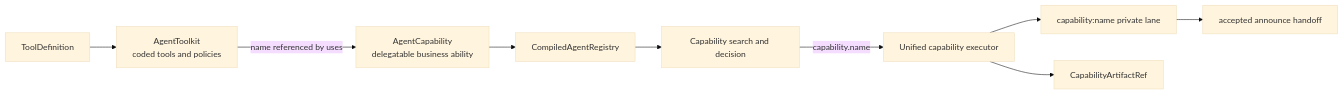
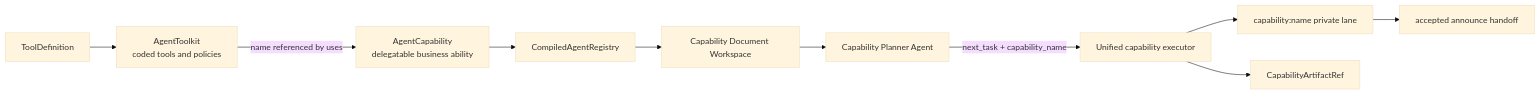
One commit to pinpawo/pinpawo-agent changed the diagram in docs/wiki/capability-toolkit-architecture.md. Above: the diagram before and after it, drawn with Mermaid (base theme). The commit also changed other lines of this file and 15 other files, not shown here.

Commit message:
docs(wiki): ingest capability planner architecture

````diff
--- a/docs/wiki/capability-toolkit-architecture.md
+++ b/docs/wiki/capability-toolkit-architecture.md
@@ -34,11 +37,12 @@
 ```mermaid
 flowchart LR
   T["ToolDefinition"] --> K["AgentToolkit<br/>coded tools and policies"]
   K -->|name referenced by uses| C["AgentCapability<br/>delegatable business ability"]
   C --> R["CompiledAgentRegistry"]
-  R --> S["Capability search and decision"]
-  S -->|capability.name| E["Unified capability executor"]
+  R --> W["Capability Document Workspace"]
+  W --> P["Capability Planner Agent"]
+  P -->|next_task + capability_name| E["Unified capability executor"]
   E --> L["capability:name private lane"]
   L --> H["accepted announce handoff"]
   E --> A["CapabilityArtifactRef"]
 ```
````
